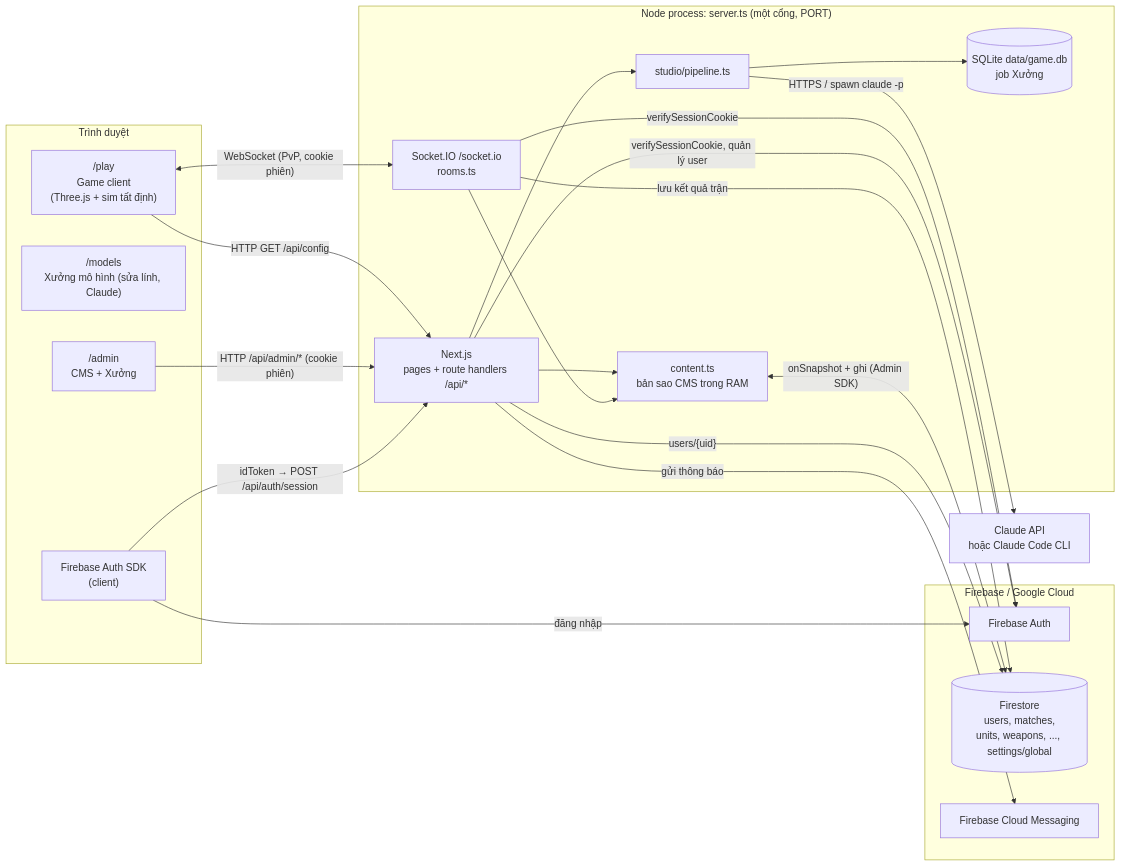
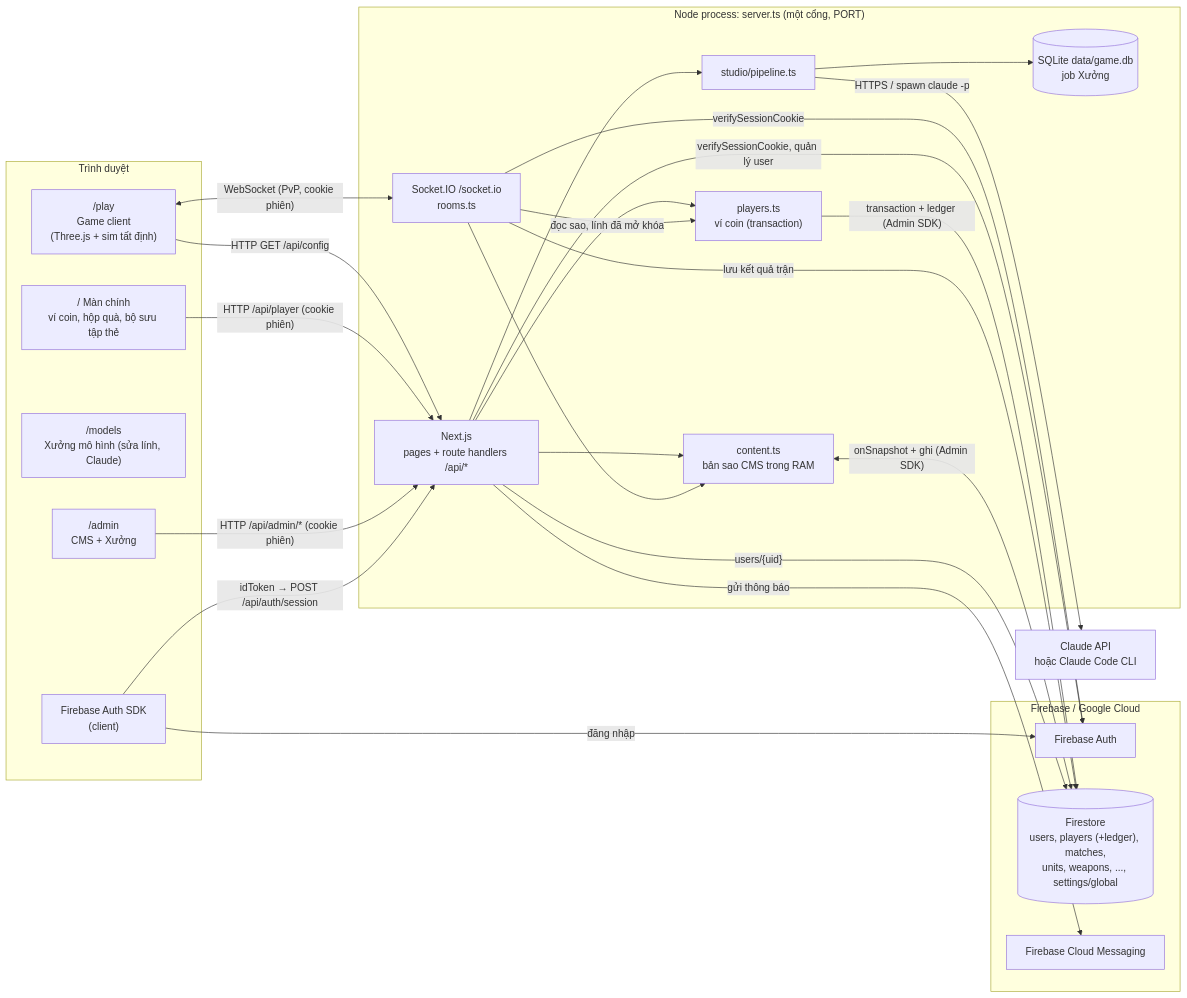
Before and after one commit to lualua0909/simulator-battle-webgame: the first of 11 diagrams in docs/ARCHITECTURE.md, drawn with Mermaid. The commit also changed other lines of this file and 52 other files, not shown here.

````diff
--- a/docs/ARCHITECTURE.md
+++ b/docs/ARCHITECTURE.md
@@ -18,43 +21,49 @@
 ```mermaid
 flowchart LR
   subgraph Browser["Trình duyệt"]
+    Home["/ Màn chính<br/>ví coin, hộp quà, bộ sưu tập thẻ"]
     Game["/play<br/>Game client<br/>(Three.js + sim tất định)"]
     Models["/models<br/>Xưởng mô hình (sửa lính, Claude)"]
     CMS["/admin<br/>CMS + Xưởng"]
     FBClient["Firebase Auth SDK<br/>(client)"]
   end
 
   subgraph Node["Node process: server.ts (một cổng, PORT)"]
     Next["Next.js<br/>pages + route handlers /api/*"]
     IO["Socket.IO /socket.io<br/>rooms.ts"]
     Content["content.ts<br/>bản sao CMS trong RAM"]
+    Players["players.ts<br/>ví coin (transaction)"]
     Studio["studio/pipeline.ts"]
     SQLite[("SQLite data/game.db<br/>job Xưởng")]
   end
 
   subgraph Google["Firebase / Google Cloud"]
     FAuth["Firebase Auth"]
-    FS[("Firestore<br/>users, matches,<br/>units, weapons, ..., settings/global")]
+    FS[("Firestore<br/>users, players (+ledger), matches,<br/>units, weapons, ..., settings/global")]
     FCM["Firebase Cloud Messaging"]
   end
 
   Claude["Claude API<br/>hoặc Claude Code CLI"]
 
   Game -- "HTTP GET /api/config" --> Next
+  Home -- "HTTP /api/player (cookie phiên)" --> Next
   Game <-- "WebSocket (PvP, cookie phiên)" --> IO
   CMS -- "HTTP /api/admin/* (cookie phiên)" --> Next
   FBClient -- "đăng nhập" --> FAuth
   FBClient -- "idToken → POST /api/auth/session" --> Next
 
   Next --> Content
   IO --> Content
+  Next --> Players
+  IO -- "đọc sao, lính đã mở khóa" --> Players
+  Players -- "transaction + ledger (Admin SDK)" --> FS
   IO -- "verifySessionCookie" --> FAuth
   IO -- "lưu kết quả trận" --> FS
   Content <-- "onSnapshot + ghi (Admin SDK)" --> FS
   Next -- "verifySessionCookie, quản lý user" --> FAuth
   Next -- "users/{uid}" --> FS
   Next -- "gửi thông báo" --> FCM
   Next --> Studio
   Studio --> SQLite
   Studio -- "HTTPS / spawn claude -p" --> Claude
 ```
````
